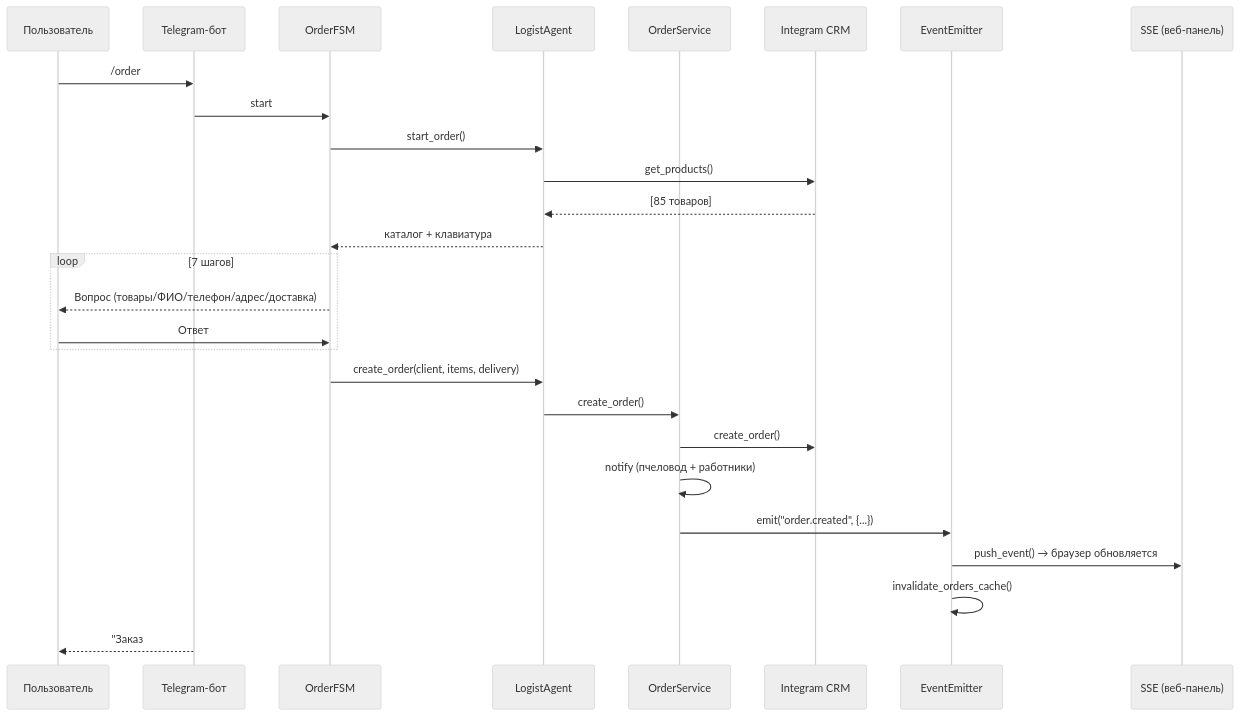
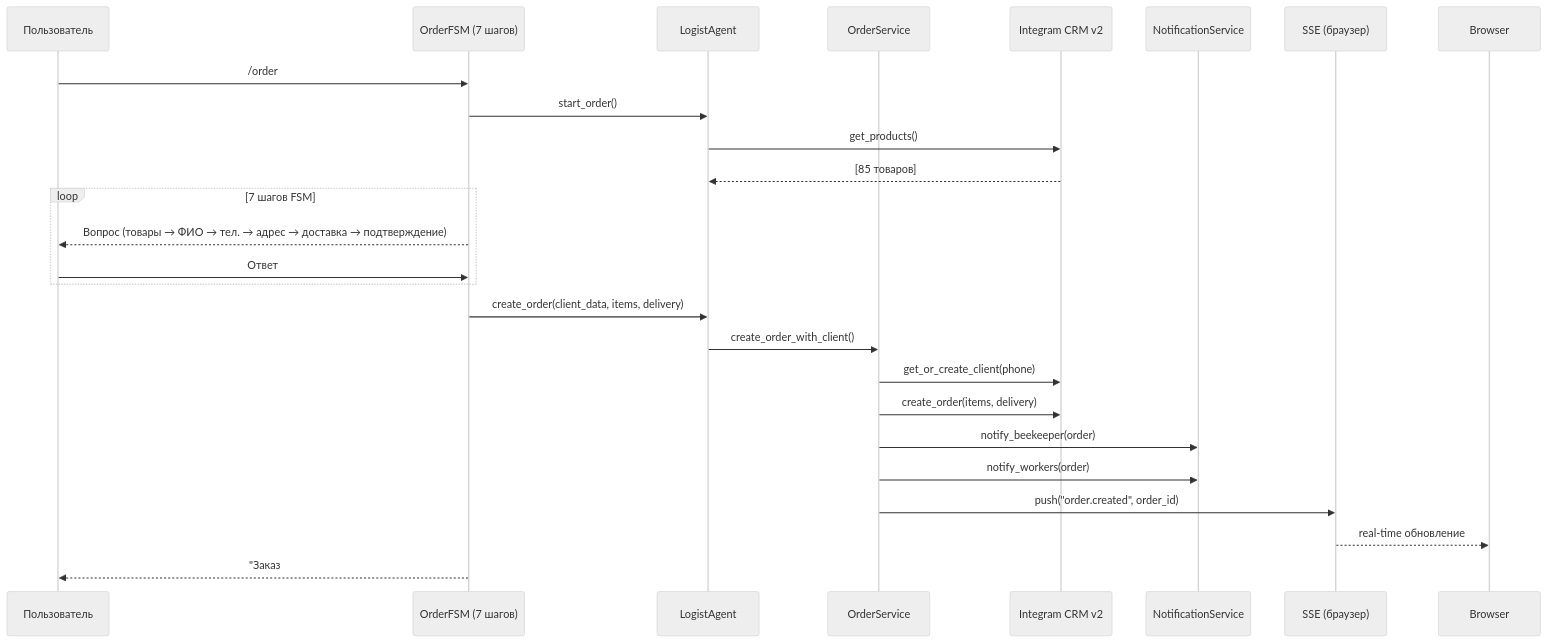
The fourth of 16 diagrams in docs/architecture.md (unidel2035/BEEBOT), drawn with Mermaid (neutral theme) before and after one commit. The commit also changed other lines of this file and 6 other files, not shown here.

````diff
--- a/docs/architecture.md
+++ b/docs/architecture.md
@@ -575,32 +157,30 @@
 ```mermaid
 sequenceDiagram
     participant User as Пользователь
-    participant Bot as Telegram-бот
-    participant FSM as OrderFSM
+    participant FSM as OrderFSM (7 шагов)
     participant Logist as LogistAgent
     participant OS as OrderService
-    participant CRM as Integram CRM
-    participant EE as EventEmitter
-    participant SSE as SSE (веб-панель)
+    participant CRM as Integram CRM v2
+    participant Notify as NotificationService
+    participant SSE as SSE (браузер)
 
-    User->>Bot: /order
-    Bot->>FSM: start
+    User->>FSM: /order
     FSM->>Logist: start_order()
     Logist->>CRM: get_products()
     CRM-->>Logist: [85 товаров]
-    Logist-->>FSM: каталог + клавиатура
 
-    loop 7 шагов
-        FSM-->>User: Вопрос (товары/ФИО/телефон/адрес/доставка)
+    loop 7 шагов FSM
+        FSM-->>User: Вопрос (товары → ФИО → тел. → адрес → доставка → подтверждение)
         User->>FSM: Ответ
     end
 
-    FSM->>Logist: create_order(client, items, delivery)
-    Logist->>OS: create_order()
-    OS->>CRM: create_order()
-    OS->>OS: notify (пчеловод + работники)
-    OS->>EE: emit("order.created", {...})
-    EE->>SSE: push_event() → браузер обновляется
-    EE->>EE: invalidate_orders_cache()
-    Bot-->>User: "Заказ #TG-20260402 создан!"
+    FSM->>Logist: create_order(client_data, items, delivery)
+    Logist->>OS: create_order_with_client()
+    OS->>CRM: get_or_create_client(phone)
+    OS->>CRM: create_order(items, delivery)
+    OS->>Notify: notify_beekeeper(order)
+    OS->>Notify: notify_workers(order)
+    OS->>SSE: push("order.created", order_id)
+    SSE-->>Browser: real-time обновление
+    FSM-->>User: "Заказ #TG-20260402 создан! ✅"
 ```
````
